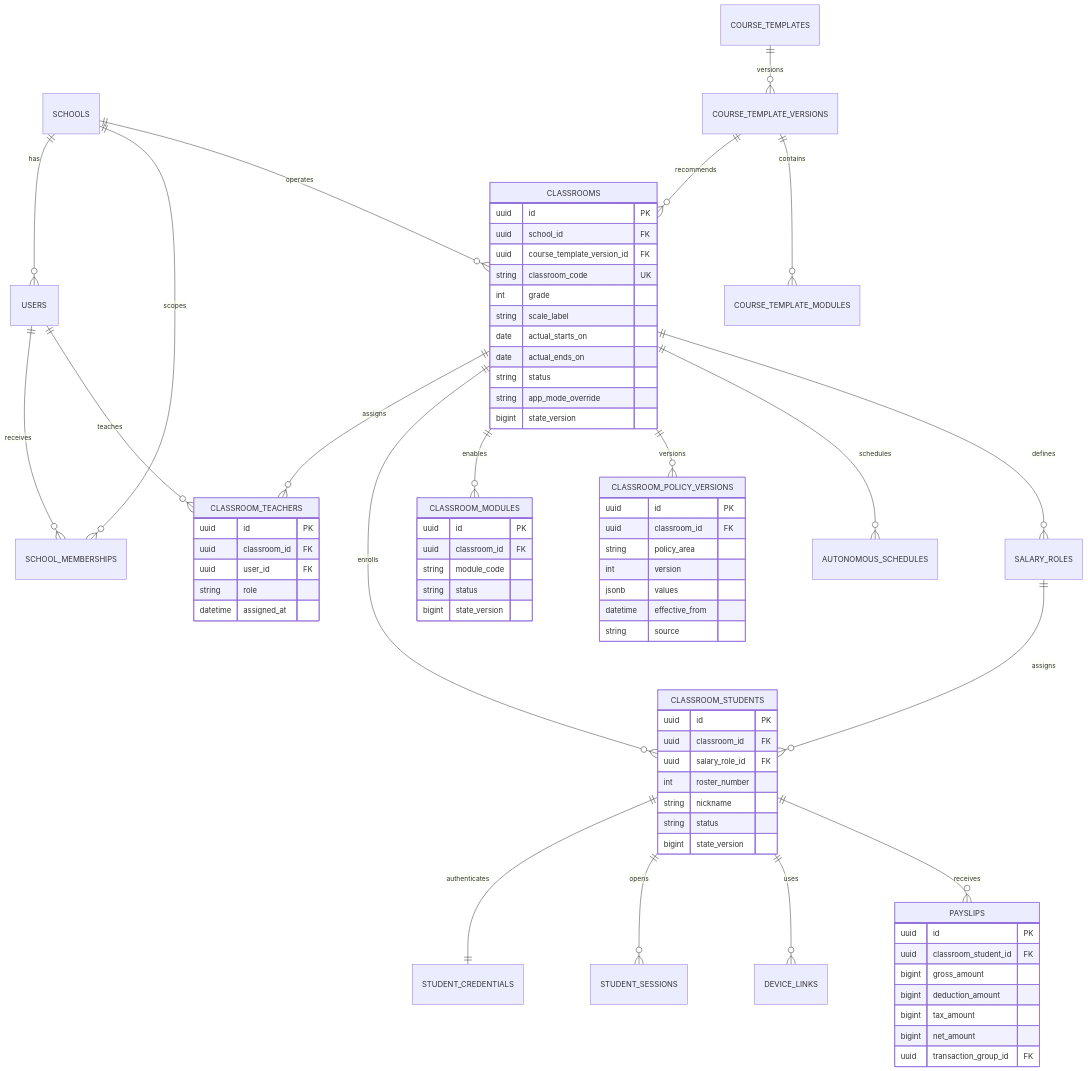
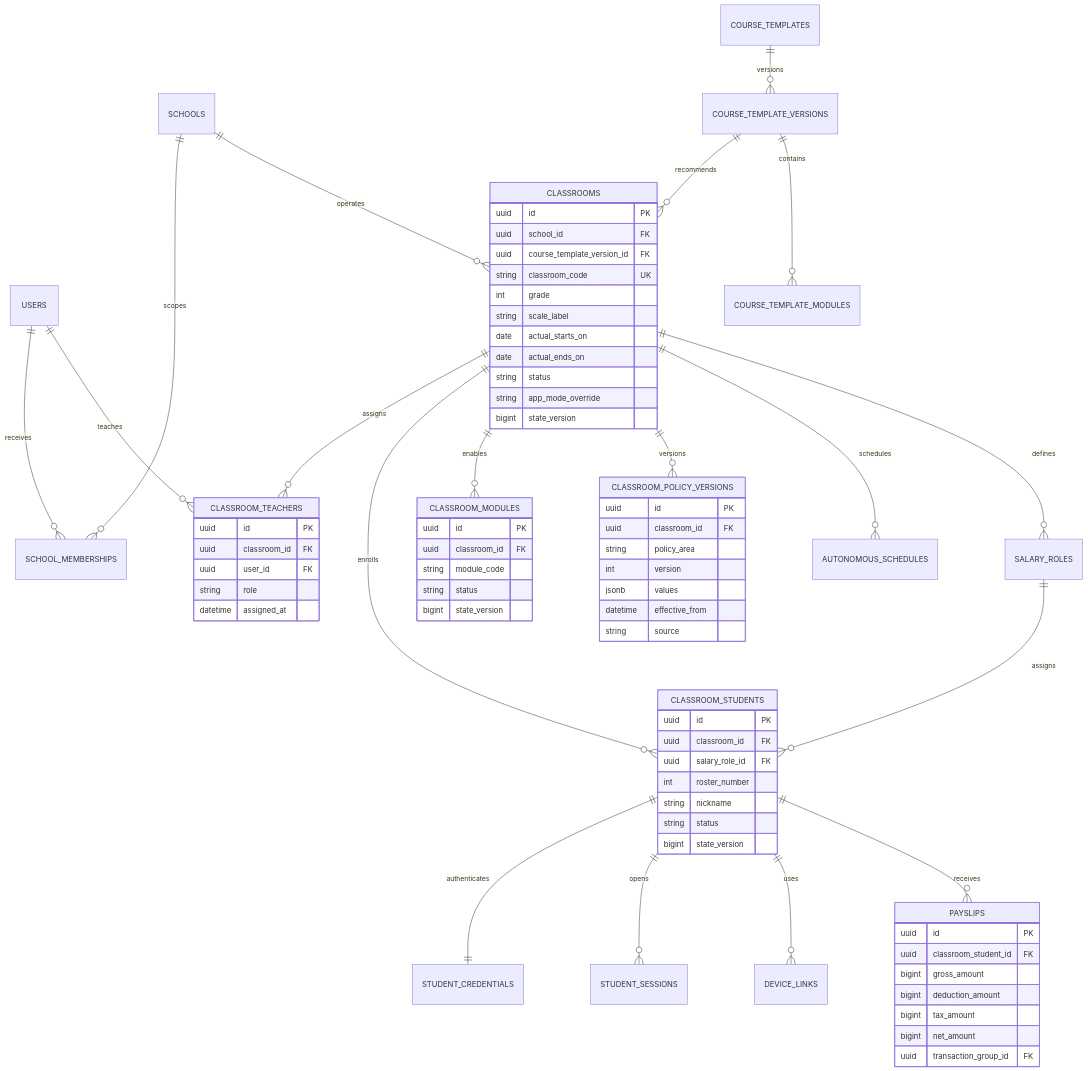
The first of 6 diagrams in docs/DATA_MODEL.md (watermell0n/EcoVillgae), drawn with Mermaid before and after one commit. The commit also changed other lines of this file and 12 other files, not shown here.

Commit message:
docs: finalize PostgreSQL physical schema

````diff
--- a/docs/DATA_MODEL.md
+++ b/docs/DATA_MODEL.md
@@ -44,77 +44,76 @@
 ```mermaid
 erDiagram
-    SCHOOLS ||--o{ USERS : has
     USERS ||--o{ SCHOOL_MEMBERSHIPS : receives
     SCHOOLS ||--o{ SCHOOL_MEMBERSHIPS : scopes
     SCHOOLS ||--o{ CLASSROOMS : operates
     COURSE_TEMPLATE_VERSIONS ||--o{ CLASSROOMS : recommends
     COURSE_TEMPLATES ||--o{ COURSE_TEMPLATE_VERSIONS : versions
     COURSE_TEMPLATE_VERSIONS ||--o{ COURSE_TEMPLATE_MODULES : contains
     CLASSROOMS ||--o{ CLASSROOM_TEACHERS : assigns
     USERS ||--o{ CLASSROOM_TEACHERS : teaches
     CLASSROOMS ||--o{ CLASSROOM_STUDENTS : enrolls
     CLASSROOM_STUDENTS ||--|| STUDENT_CREDENTIALS : authenticates
     CLASSROOM_STUDENTS ||--o{ STUDENT_SESSIONS : opens
     CLASSROOM_STUDENTS ||--o{ DEVICE_LINKS : uses
     CLASSROOMS ||--o{ CLASSROOM_MODULES : enables
     CLASSROOMS ||--o{ CLASSROOM_POLICY_VERSIONS : versions
     CLASSROOMS ||--o{ AUTONOMOUS_SCHEDULES : schedules
     CLASSROOMS ||--o{ SALARY_ROLES : defines
     SALARY_ROLES ||--o{ CLASSROOM_STUDENTS : assigns
     CLASSROOM_STUDENTS ||--o{ PAYSLIPS : receives
 
     CLASSROOMS {
         uuid id PK
         uuid school_id FK
         uuid course_template_version_id FK
         string classroom_code UK
         int grade
         string scale_label
         date actual_starts_on
         date actual_ends_on
         string status
         string app_mode_override
         bigint state_version
     }
     CLASSROOM_TEACHERS {
         uuid id PK
         uuid classroom_id FK
         uuid user_id FK
         string role
         datetime assigned_at
     }
     CLASSROOM_STUDENTS {
         uuid id PK
         uuid classroom_id FK
         uuid salary_role_id FK
         int roster_number
         string nickname
         string status
         bigint state_version
     }
     CLASSROOM_MODULES {
         uuid id PK
         uuid classroom_id FK
         string module_code
         string status
         bigint state_version
     }
     CLASSROOM_POLICY_VERSIONS {
         uuid id PK
         uuid classroom_id FK
         string policy_area
         int version
         jsonb values
         datetime effective_from
         string source
     }
     PAYSLIPS {
         uuid id PK
         uuid classroom_student_id FK
         bigint gross_amount
         bigint deduction_amount
         bigint tax_amount
         bigint net_amount
         uuid transaction_group_id FK
     }
 ```
````
